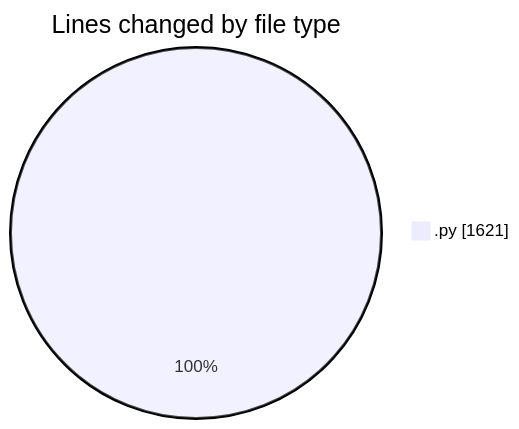
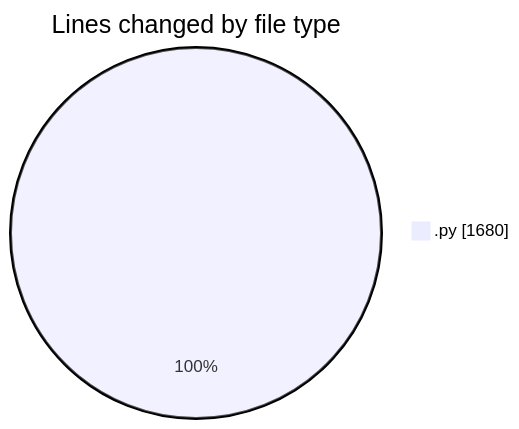
Before and after one commit to julien-gomy/code-tracking: the first of 2 diagrams in 2025-10-21/eventscop-api-guide__workspace_/README.md, drawn with Mermaid. The commit also changed other lines of this file and 1 other file, not shown here.

````diff
--- a/2025-10-21/eventscop-api-guide__workspace_/README.md
+++ b/2025-10-21/eventscop-api-guide__workspace_/README.md
@@ -25,5 +25,5 @@
 ```mermaid
 pie showData
 title Lines changed by file type
-".py" : 1621
+".py" : 1680
 ```
````
